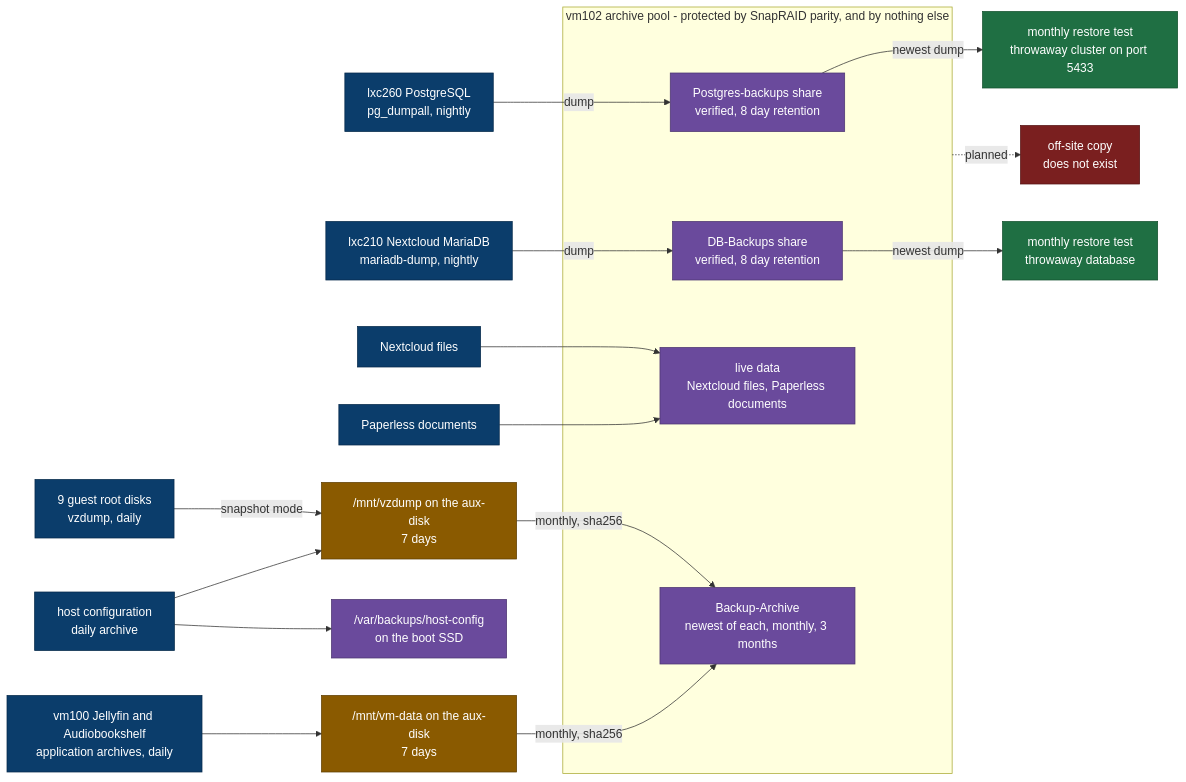
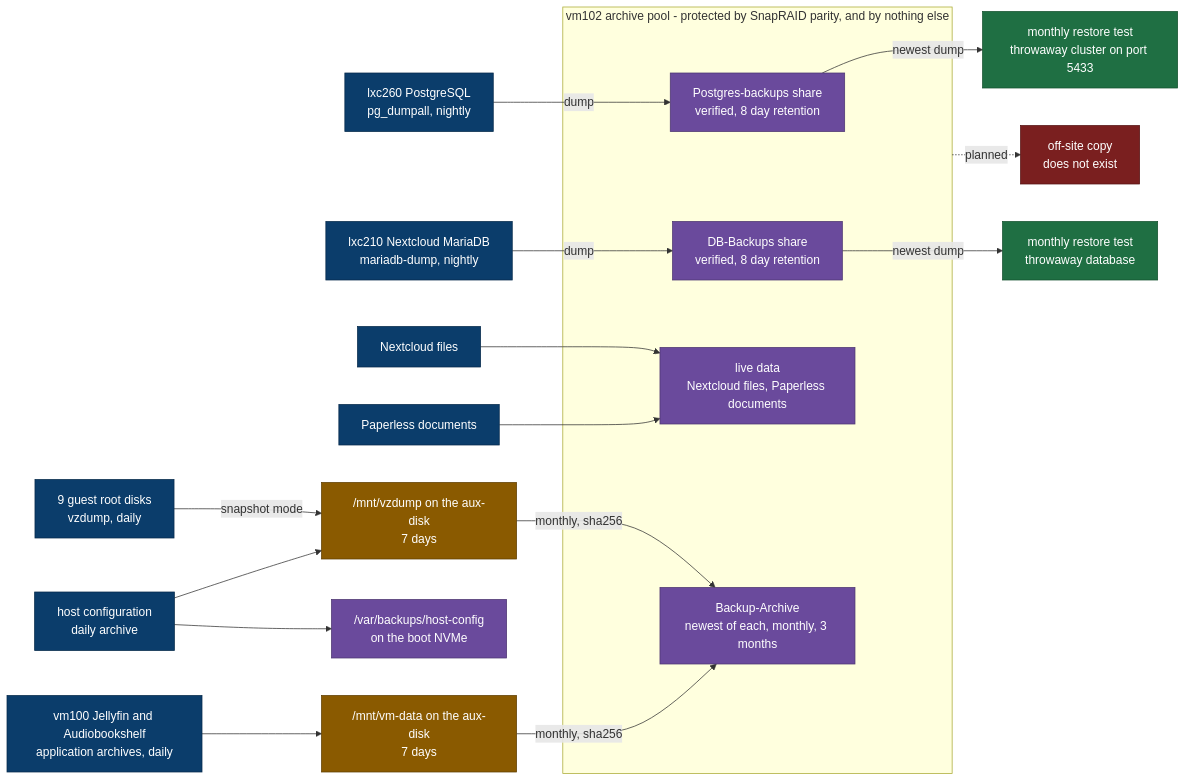
One commit to NicolasPogorzelski/homelab-server-architecture changed the diagram in docs/architecture/backup-flow.md. Above: the diagram before and after it, drawn with Mermaid. The commit also changed other lines of this file and 7 other files, not shown here.

First line of the commit message:
docs(platform): name the NVMe as the boot disk in views and runbooks

````diff
--- a/docs/architecture/backup-flow.md
+++ b/docs/architecture/backup-flow.md
@@ -12,53 +12,53 @@
 ```mermaid
 flowchart LR
   accTitle: Backup flows and the gaps in them
   accDescr: PostgreSQL and MariaDB dumps to SMB shares on vm102, each with a monthly restore test, daily guest, host configuration and application backups onto the aux-disk, a monthly copy of the newest of each into the Backup-Archive on vm102, and the missing off-site copy marked as a gap.
 
   PG["lxc260 PostgreSQL<br/>pg_dumpall, nightly"]
   MDB["lxc210 Nextcloud MariaDB<br/>mariadb-dump, nightly"]
   GUESTS["9 guest root disks<br/>vzdump, daily"]
   HOSTCFG["host configuration<br/>daily archive"]
   APPS["vm100 Jellyfin and Audiobookshelf<br/>application archives, daily"]
   NCF["Nextcloud files"]
   PPD["Paperless documents"]
 
   subgraph vm102["vm102 archive pool - protected by SnapRAID parity, and by nothing else"]
     PGSHARE["Postgres-backups share<br/>verified, 8 day retention"]
     DBSHARE["DB-Backups share<br/>verified, 8 day retention"]
     ARCHIVE["Backup-Archive<br/>newest of each, monthly, 3 months"]
     LIVE["live data<br/>Nextcloud files, Paperless documents"]
   end
 
   VZDUMP["/mnt/vzdump on the aux-disk<br/>7 days"]
   VMDATA["/mnt/vm-data on the aux-disk<br/>7 days"]
-  BOOTCOPY["/var/backups/host-config<br/>on the boot SSD"]
+  BOOTCOPY["/var/backups/host-config<br/>on the boot NVMe"]
   RESTORE["monthly restore test<br/>throwaway cluster on port 5433"]
   MRESTORE["monthly restore test<br/>throwaway database"]
   OFFSITE["off-site copy<br/>does not exist"]
 
   PG -->|"dump"| PGSHARE
   MDB -->|"dump"| DBSHARE
   NCF --> LIVE
   PPD --> LIVE
   GUESTS -->|"snapshot mode"| VZDUMP
   HOSTCFG --> VZDUMP
   HOSTCFG --> BOOTCOPY
   APPS --> VMDATA
   VZDUMP -->|"monthly, sha256"| ARCHIVE
   VMDATA -->|"monthly, sha256"| ARCHIVE
 
   PGSHARE -->|"newest dump"| RESTORE
   DBSHARE -->|"newest dump"| MRESTORE
   vm102 -.->|"planned"| OFFSITE
 
   classDef src fill:#0b3d6b,stroke:#062a4b,color:#ffffff
   classDef store fill:#6a4a9c,stroke:#4c3570,color:#ffffff
   classDef ok fill:#1f6f43,stroke:#14512f,color:#ffffff
   classDef warn fill:#8a5a00,stroke:#5f3e00,color:#ffffff
   classDef gap fill:#7a1f1f,stroke:#571414,color:#ffffff
   class PG,MDB,NCF,PPD,GUESTS,HOSTCFG,APPS src
   class PGSHARE,DBSHARE,ARCHIVE,LIVE,BOOTCOPY store
   class RESTORE,MRESTORE ok
   class VZDUMP,VMDATA warn
   class OFFSITE gap
 ```
````
